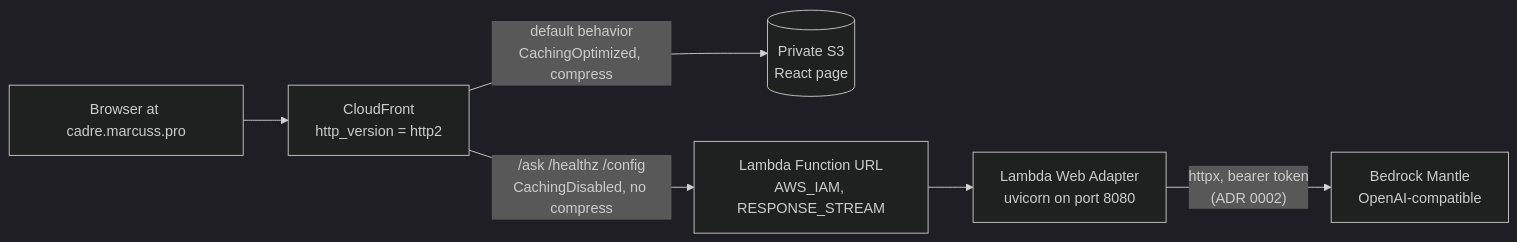
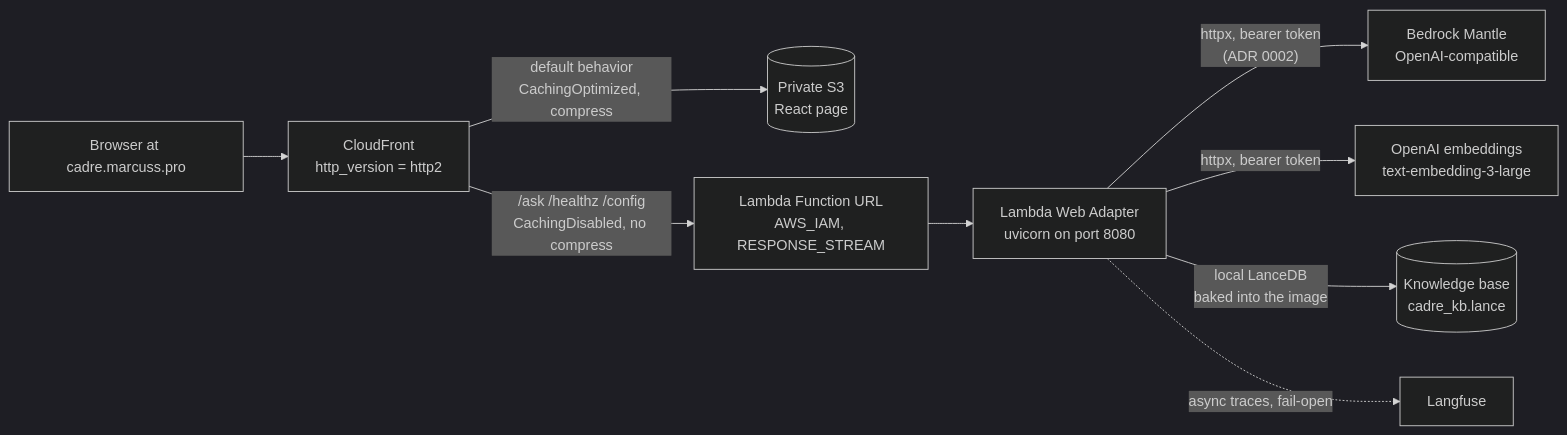
Before and after one commit to Nextasy-Apps-LLC/marcuss-cadre-test: the diagram in openwiki/architecture/overview.md, drawn with Mermaid (dark theme). The commit also changed other lines of this file and 9 other files, not shown here.

````diff
--- a/openwiki/architecture/overview.md
+++ b/openwiki/architecture/overview.md
@@ -16,8 +16,11 @@
 ```mermaid
 flowchart LR
   B["Browser at cadre.marcuss.pro"] --> CF["CloudFront<br/>http_version = http2"]
   CF -->|"default behavior<br/>CachingOptimized, compress"| S3[("Private S3<br/>React page")]
   CF -->|"/ask /healthz /config<br/>CachingDisabled, no compress"| FU["Lambda Function URL<br/>AWS_IAM, RESPONSE_STREAM"]
   FU --> LWA["Lambda Web Adapter<br/>uvicorn on port 8080"]
   LWA -->|"httpx, bearer token<br/>(ADR 0002)"| BR["Bedrock Mantle<br/>OpenAI-compatible"]
+  LWA -->|"httpx, bearer token"| OAI["OpenAI embeddings<br/>text-embedding-3-large"]
+  LWA -->|"local LanceDB<br/>baked into the image"| KB[("Knowledge base<br/>cadre_kb.lance")]
+  LWA -.->|"async traces, fail-open"| LF["Langfuse"]
 ```
````
